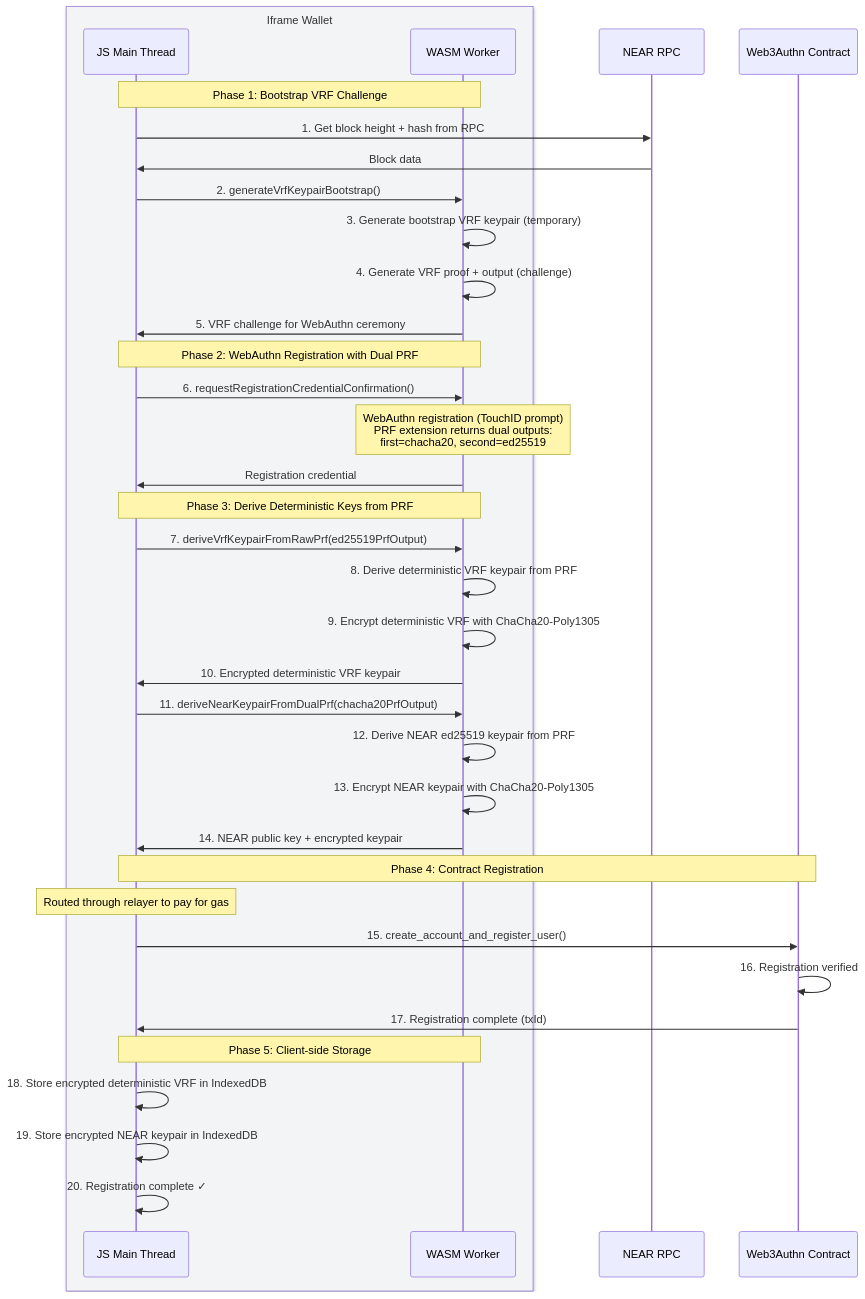
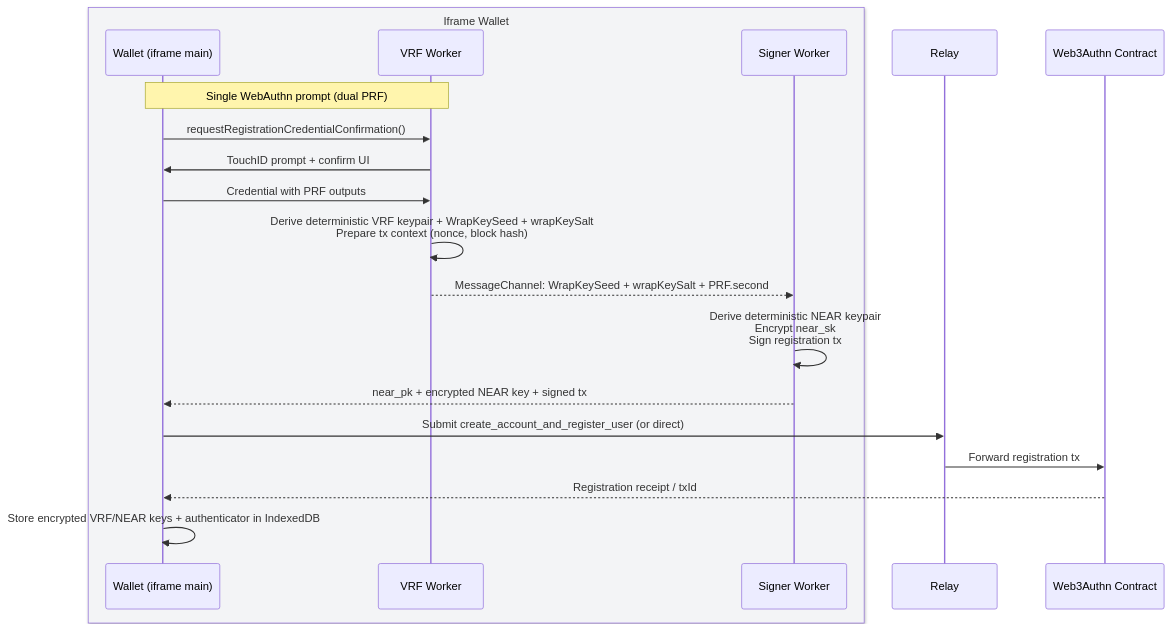
One commit to web3-authn/tatchi changed the first of 5 diagrams in examples/tatchi-docs/src/docs/concepts/architecture.md. Above: the diagram before and after it, drawn with Mermaid. The commit also changed other lines of this file, not shown here.

Commit message:
update architecture diagrams

````diff
--- a/examples/tatchi-docs/src/docs/concepts/architecture.md
+++ b/examples/tatchi-docs/src/docs/concepts/architecture.md
@@ -43,44 +43,23 @@
 ```mermaid
 sequenceDiagram
     box rgb(243, 244, 246) Iframe Wallet
-    participant JSMain as JS Main Thread
-    participant Worker as WASM Worker
+    participant UI as Wallet (iframe main)
+    participant VRF as VRF Worker
+    participant Signer as Signer Worker
     end
-    participant NEAR as NEAR RPC
+    participant Relay as Relay
     participant Contract as Web3Authn Contract
 
-    Note over JSMain,Worker: Phase 1: Bootstrap VRF Challenge
-    JSMain->>NEAR: 1. Get block height + hash from RPC
-    NEAR->>JSMain: Block data
-    JSMain->>Worker: 2. generateVrfKeypairBootstrap()
-    Worker->>Worker: 3. Generate bootstrap VRF keypair (temporary)
-    Worker->>Worker: 4. Generate VRF proof + output (challenge)
-    Worker->>JSMain: 5. VRF challenge for WebAuthn ceremony
-
-    Note over JSMain,Worker: Phase 2: WebAuthn Registration with Dual PRF
-    JSMain->>Worker: 6. requestRegistrationCredentialConfirmation()
-    Note over Worker: WebAuthn registration (TouchID prompt)<br/>PRF extension returns dual outputs:<br/>first=chacha20, second=ed25519
-    Worker->>JSMain: Registration credential
-
-    Note over JSMain,Worker: Phase 3: Derive Deterministic Keys from PRF
-    JSMain->>Worker: 7. deriveVrfKeypairFromRawPrf(ed25519PrfOutput)
-    Worker->>Worker: 8. Derive deterministic VRF keypair from PRF
-    Worker->>Worker: 9. Encrypt deterministic VRF with ChaCha20-Poly1305
-    Worker->>JSMain: 10. Encrypted deterministic VRF keypair
-
-    JSMain->>Worker: 11. deriveNearKeypairFromDualPrf(chacha20PrfOutput)
-    Worker->>Worker: 12. Derive NEAR ed25519 keypair from PRF
-    Worker->>Worker: 13. Encrypt NEAR keypair with ChaCha20-Poly1305
-    Worker->>JSMain: 14. NEAR public key + encrypted keypair
-
-    Note over JSMain,Contract: Phase 4: Contract Registration
-    Note over JSMain: Routed through relayer to pay for gas
-    JSMain->>Contract: 15. create_account_and_register_user()
-    Contract->>Contract: 16. Registration verified
-    Contract->>JSMain: 17. Registration complete (txId)
-
-    Note over JSMain,Worker: Phase 5: Client-side Storage
-    JSMain->>JSMain: 18. Store encrypted deterministic VRF in IndexedDB
-    JSMain->>JSMain: 19. Store encrypted NEAR keypair in IndexedDB
-    JSMain->>JSMain: 20. Registration complete ✓
+    Note over UI,VRF: Single WebAuthn prompt (dual PRF)
+    UI->>VRF: requestRegistrationCredentialConfirmation()
+    VRF->>UI: TouchID prompt + confirm UI
+    UI->>VRF: Credential with PRF outputs
+    VRF->>VRF: Derive deterministic VRF keypair + WrapKeySeed + wrapKeySalt<br/>Prepare tx context (nonce, block hash)
+    VRF-->>Signer: MessageChannel: WrapKeySeed + wrapKeySalt + PRF.second
+    Signer->>Signer: Derive deterministic NEAR keypair<br/>Encrypt near_sk<br/>Sign registration tx
+    Signer-->>UI: near_pk + encrypted NEAR key + signed tx
+    UI->>Relay: Submit create_account_and_register_user (or direct)
+    Relay->>Contract: Forward registration tx
+    Contract-->>UI: Registration receipt / txId
+    UI->>UI: Store encrypted VRF/NEAR keys + authenticator in IndexedDB
 ```
````
